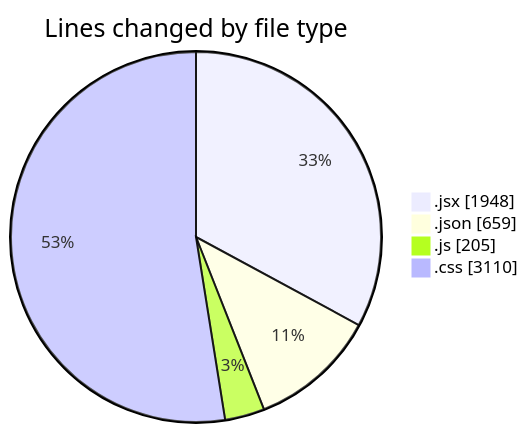
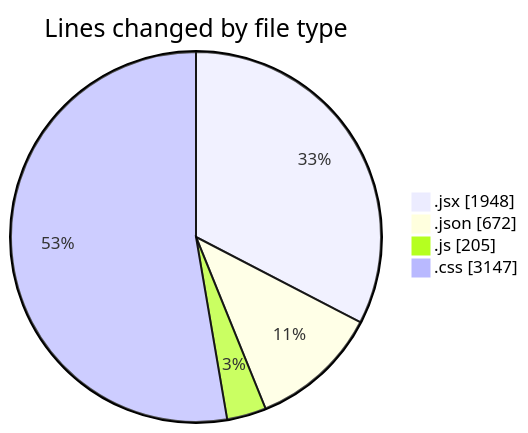
The first of 2 diagrams in 2025-05-04/project/README.md (BS-eng2023/code-tracking), drawn with Mermaid before and after one commit. The commit also changed other lines of this file and 1 other file, not shown here.

````diff
--- a/2025-05-04/project/README.md
+++ b/2025-05-04/project/README.md
@@ -43,8 +43,8 @@
 ```mermaid
 pie showData
 title Lines changed by file type
 ".jsx" : 1948
-".json" : 659
+".json" : 672
 ".js" : 205
-".css" : 3110
+".css" : 3147
 ```
````
